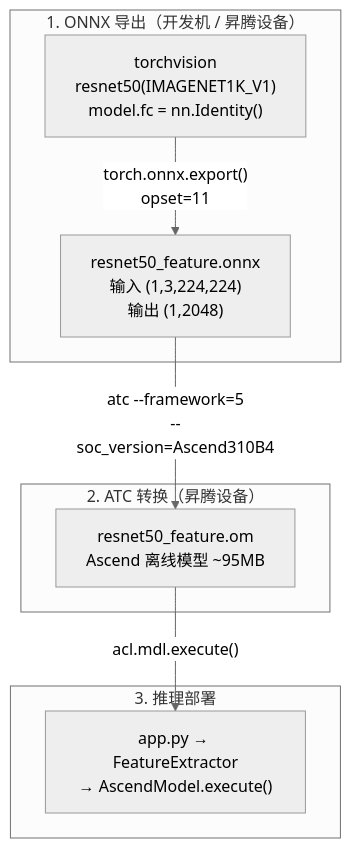
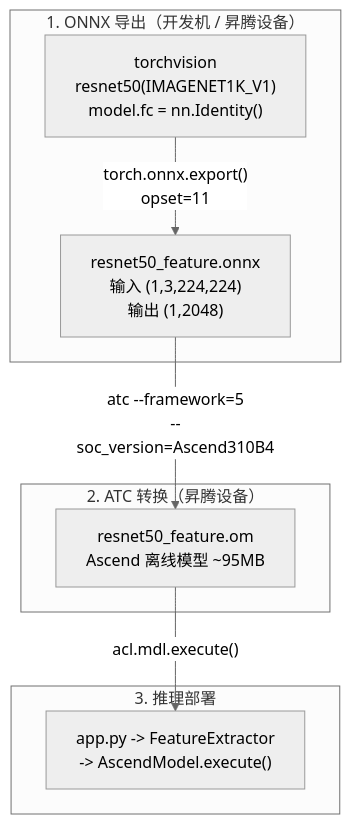
One commit to zhouxzh/Ascend310 changed the third of 6 diagrams in src/experiment/case7.md. Above: the diagram before and after it, drawn with Mermaid (neutral theme). The commit also changed other lines of this file and 51 other files, not shown here.

````diff
--- a/src/experiment/case7.md
+++ b/src/experiment/case7.md
@@ -208,19 +208,19 @@
 ```mermaid
 flowchart TD
     subgraph EXPORT["1. ONNX 导出（开发机 / 昇腾设备）"]
         TORCH["torchvision\nresnet50(IMAGENET1K_V1)\nmodel.fc = nn.Identity()"]
         ONNX["resnet50_feature.onnx\n输入 (1,3,224,224)\n输出 (1,2048)"]
     end
 
     subgraph CONVERT["2. ATC 转换（昇腾设备）"]
         OM["resnet50_feature.om\nAscend 离线模型 ~95MB"]
     end
 
     subgraph DEPLOY["3. 推理部署"]
-        APP["app.py → FeatureExtractor\n→ AscendModel.execute()"]
+        APP["app.py -> FeatureExtractor\n-> AscendModel.execute()"]
     end
 
     TORCH -->|"torch.onnx.export()\nopset=11"| ONNX
     ONNX -->|"atc --framework=5\n--soc_version=Ascend310B4"| OM
     OM -->|"acl.mdl.execute()"| APP
 ```
````
